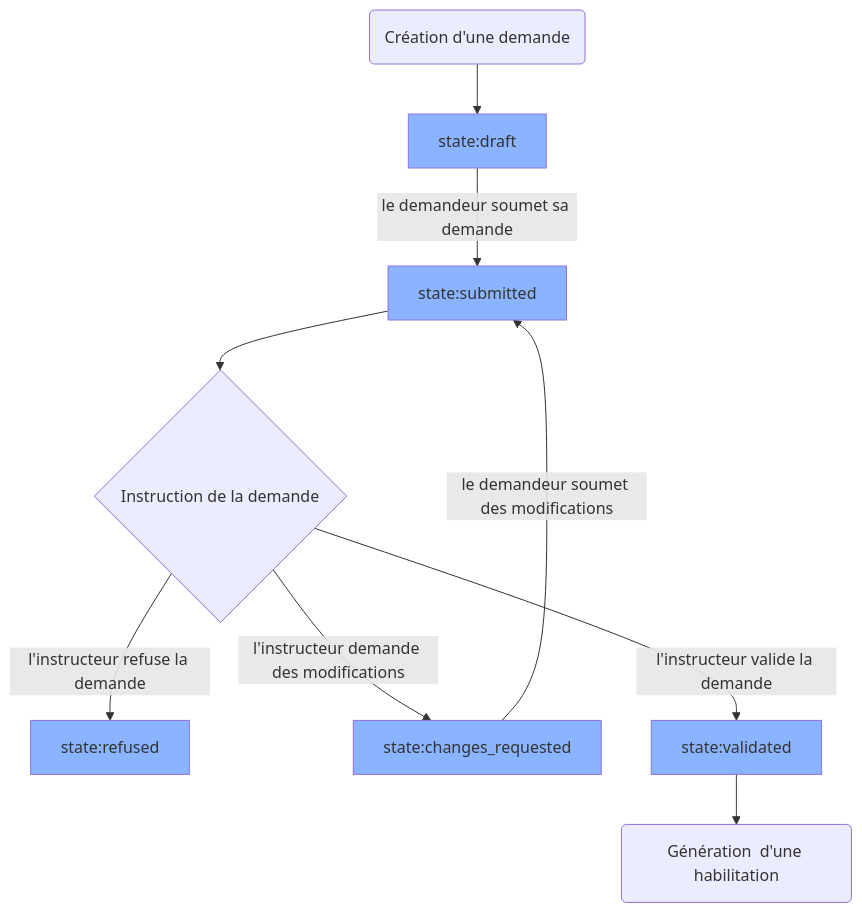
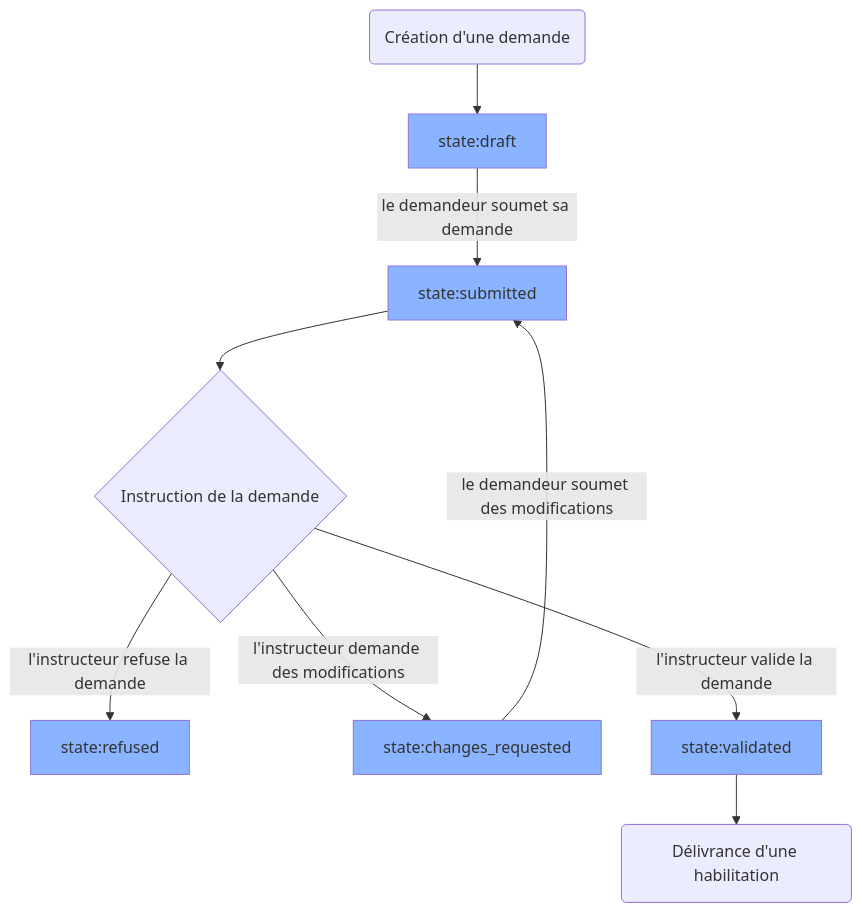
One commit to etalab/data_pass changed the first of 3 diagrams in docs/metier/lifecycle_documentation.md. Above: the diagram before and after it, drawn with Mermaid. The commit also changed other lines of this file and 3 other files, not shown here.

````diff
--- a/docs/metier/lifecycle_documentation.md
+++ b/docs/metier/lifecycle_documentation.md
@@ -7,15 +7,15 @@
 ```mermaid
   flowchart TD
   classDef stateNodes fill:#8ab4ff;
   
   0(Création d'une demande) --> A[state:draft]
   A -->|le demandeur soumet sa demande| B[state:submitted]
   B --> C{Instruction de la demande}
   C -->|l'instructeur refuse la demande| F[state:refused]
   C -->|l'instructeur demande des modifications| E[state:changes_requested]
-  D -->G(Génération  d'une habilitation)
+  D -->G(Délivrance d'une habilitation)
   E -->|le demandeur soumet des modifications|B
   C -->|l'instructeur valide la demande| D[state:validated]
   
   class A,B,D,E,F stateNodes;
 ```
````
